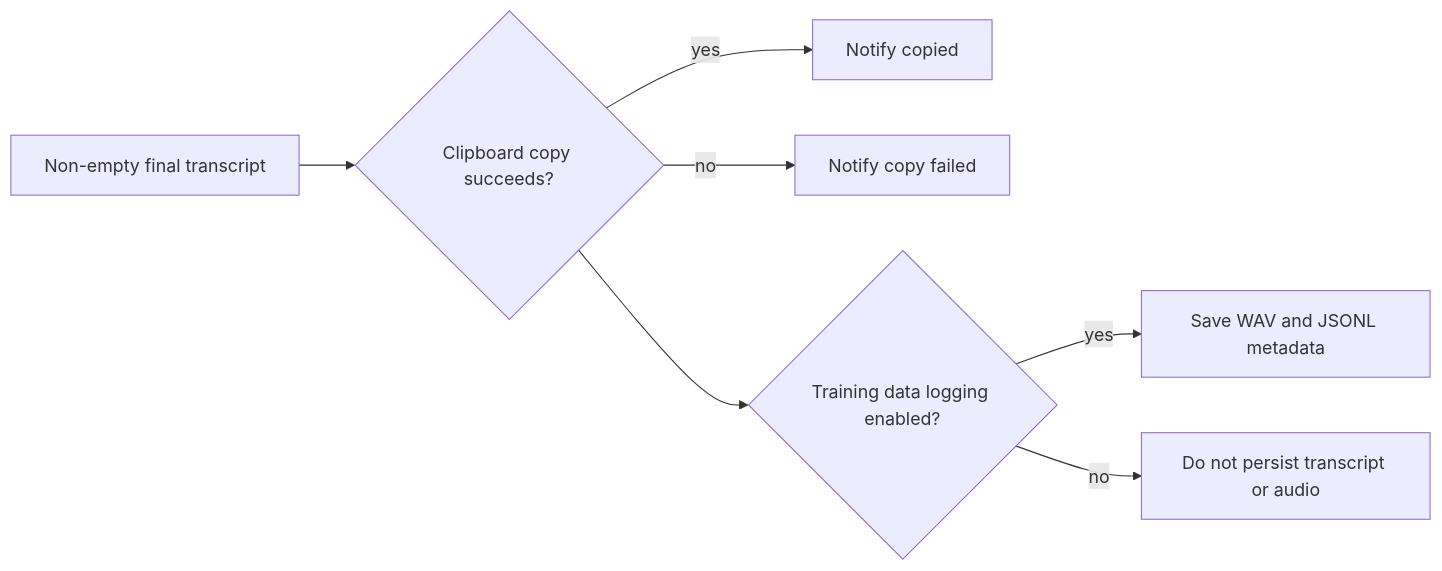
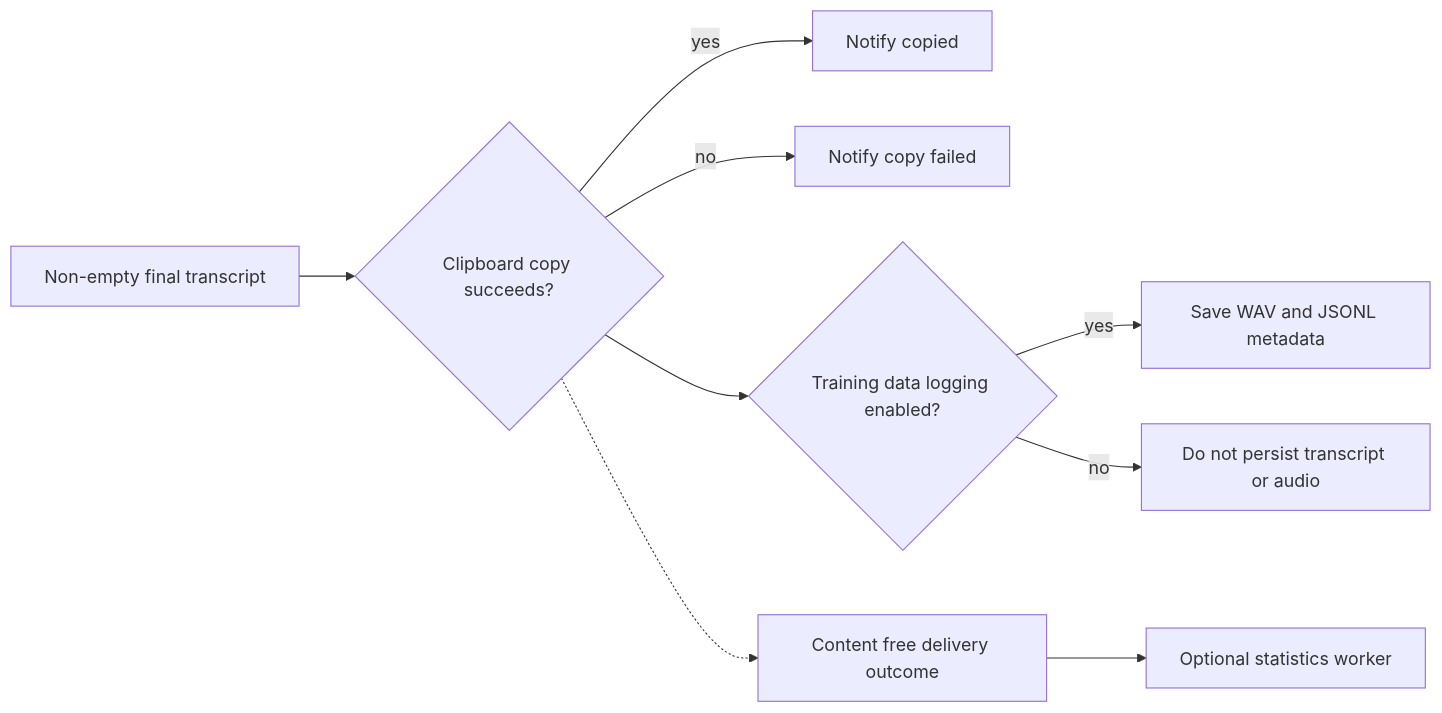
One commit to laceyp99/murmur changed the fourth of 4 diagrams in docs/failure-and-fallbacks.md. Above: the diagram before and after it, drawn with Mermaid. The commit also changed other lines of this file and 4 other files, not shown here.

````diff
--- a/docs/failure-and-fallbacks.md
+++ b/docs/failure-and-fallbacks.md
@@ -99,9 +99,11 @@
 ```mermaid
 flowchart LR
     FinalText["Non-empty final transcript"] --> Clipboard{"Clipboard copy succeeds?"}
     Clipboard -->|yes| NotifyCopied["Notify copied"]
     Clipboard -->|no| NotifyCopyFailed["Notify copy failed"]
     Clipboard --> Logging{"Training data logging enabled?"}
+    Clipboard -.-> Stats["Content free delivery outcome"]
+    Stats --> Worker["Optional statistics worker"]
     Logging -->|yes| SaveLog["Save WAV and JSONL metadata"]
     Logging -->|no| SkipLog["Do not persist transcript or audio"]
 ```
````
